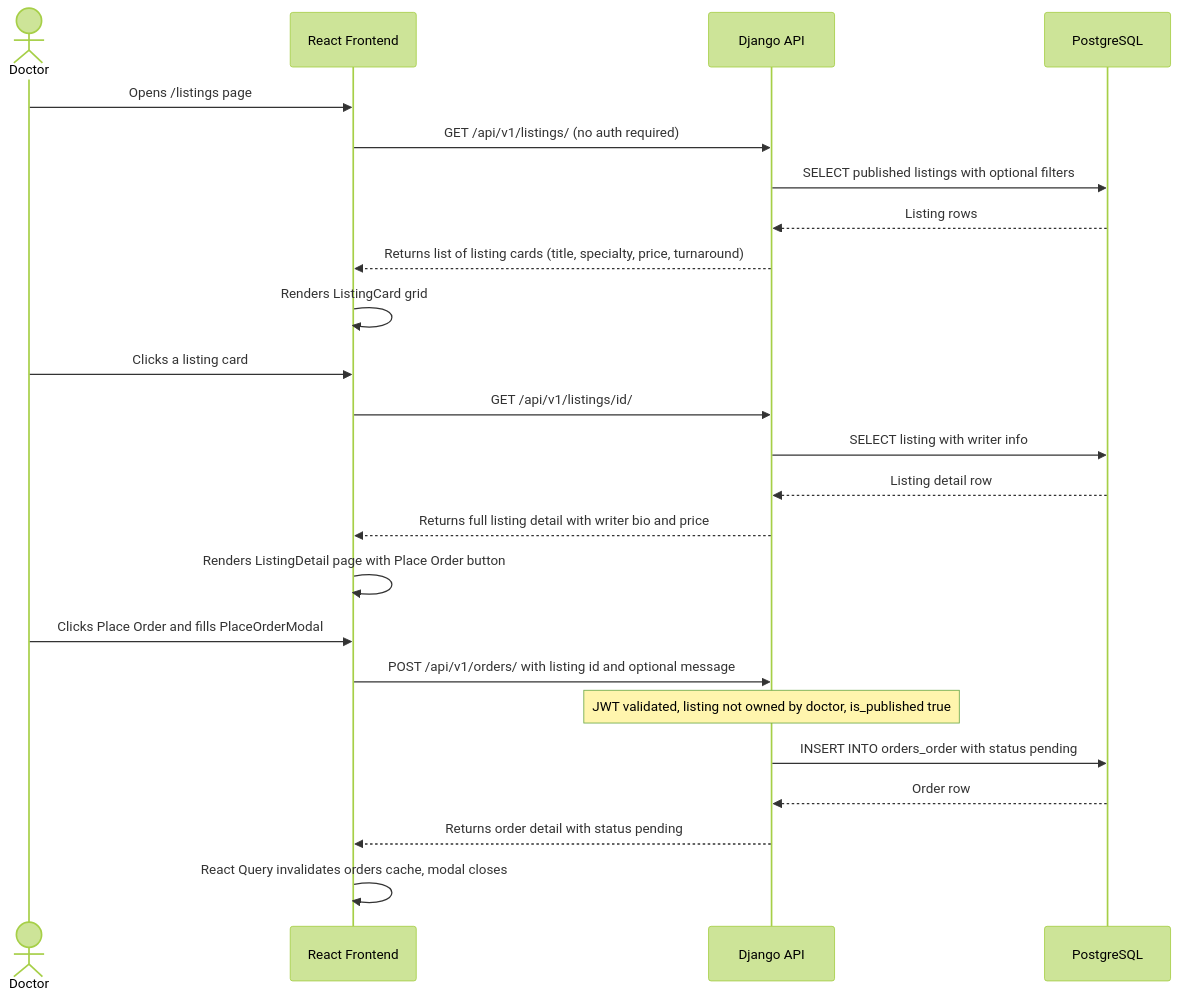
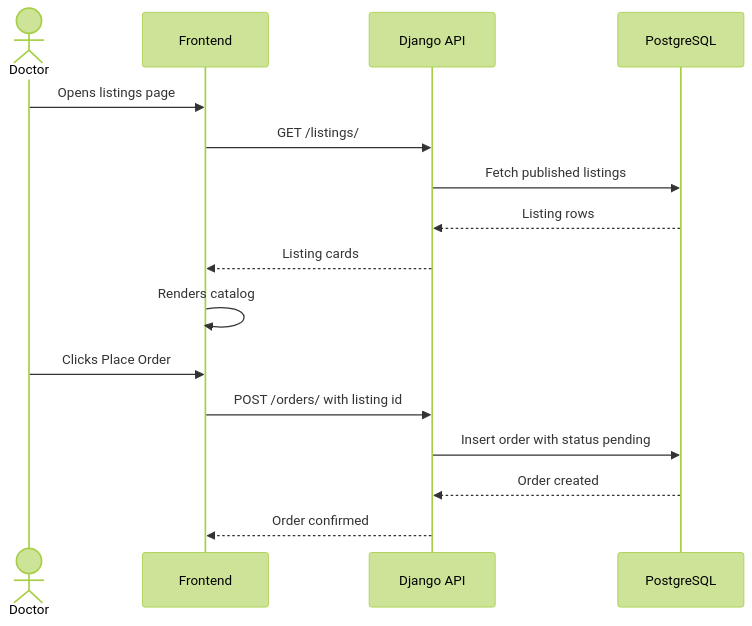
The fourth of 5 diagrams in Technical Documentation (Stage 3).md (victormonnot/Kessia), drawn with Mermaid (forest theme) before and after one commit. The commit also changed other lines of this file, not shown here.

Commit message:
fix: Simplified Sequence diagrams to improve readability

````diff
--- a/Technical Documentation (Stage 3).md
+++ b/Technical Documentation (Stage 3).md
@@ -448,29 +431,20 @@
 ```mermaid
 sequenceDiagram
     actor Doctor
-    participant FE as React Frontend
+    participant FE as Frontend
     participant BE as Django API
     participant DB as PostgreSQL
 
-    Doctor->>FE: Opens /listings page
-    FE->>BE: GET /api/v1/listings/ (no auth required)
-    BE->>DB: SELECT published listings with optional filters
+    Doctor->>FE: Opens listings page
+    FE->>BE: GET /listings/
+    BE->>DB: Fetch published listings
     DB-->>BE: Listing rows
-    BE-->>FE: Returns list of listing cards (title, specialty, price, turnaround)
-    FE->>FE: Renders ListingCard grid
+    BE-->>FE: Listing cards
+    FE->>FE: Renders catalog
 
-    Doctor->>FE: Clicks a listing card
-    FE->>BE: GET /api/v1/listings/id/
-    BE->>DB: SELECT listing with writer info
-    DB-->>BE: Listing detail row
-    BE-->>FE: Returns full listing detail with writer bio and price
-    FE->>FE: Renders ListingDetail page with Place Order button
-
-    Doctor->>FE: Clicks Place Order and fills PlaceOrderModal
-    FE->>BE: POST /api/v1/orders/ with listing id and optional message
-    Note over BE: JWT validated, listing not owned by doctor, is_published true
-    BE->>DB: INSERT INTO orders_order with status pending
-    DB-->>BE: Order row
-    BE-->>FE: Returns order detail with status pending
-    FE->>FE: React Query invalidates orders cache, modal closes
+    Doctor->>FE: Clicks Place Order
+    FE->>BE: POST /orders/ with listing id
+    BE->>DB: Insert order with status pending
+    DB-->>BE: Order created
+    BE-->>FE: Order confirmed
 ```
````
